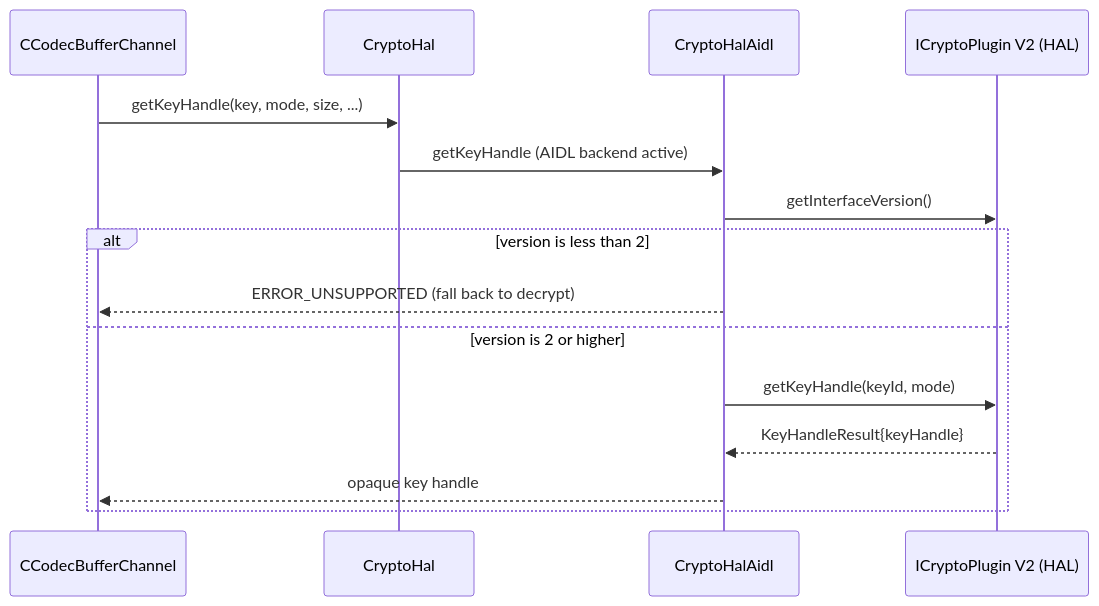
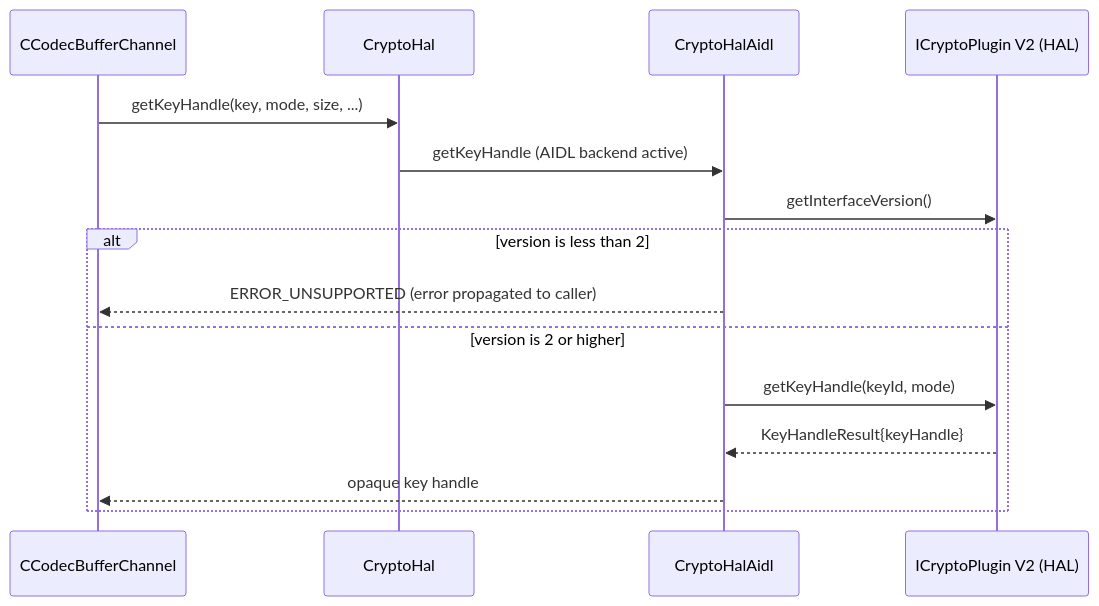
One commit to aospbooks/aosp-internal-book changed diagram 16 of 16 in 42-drm.md. Above: the diagram before and after it, drawn with Mermaid. The commit also changed other lines of this file and 218 other files, not shown here.

````diff
--- a/42-drm.md
+++ b/42-drm.md
@@ -2323,18 +2347,18 @@
 ```mermaid
 sequenceDiagram
     participant CC as CCodecBufferChannel
     participant CH as CryptoHal
     participant CHA as CryptoHalAidl
     participant CP as ICryptoPlugin V2 (HAL)
 
     CC->>CH: getKeyHandle(key, mode, size, ...)
     CH->>CHA: getKeyHandle (AIDL backend active)
     CHA->>CP: getInterfaceVersion()
     alt version is less than 2
-        CHA-->>CC: ERROR_UNSUPPORTED (fall back to decrypt)
+        CHA-->>CC: ERROR_UNSUPPORTED (error propagated to caller)
     else version is 2 or higher
         CHA->>CP: getKeyHandle(keyId, mode)
         CP-->>CHA: KeyHandleResult{keyHandle}
         CHA-->>CC: opaque key handle
     end
 ```
````
